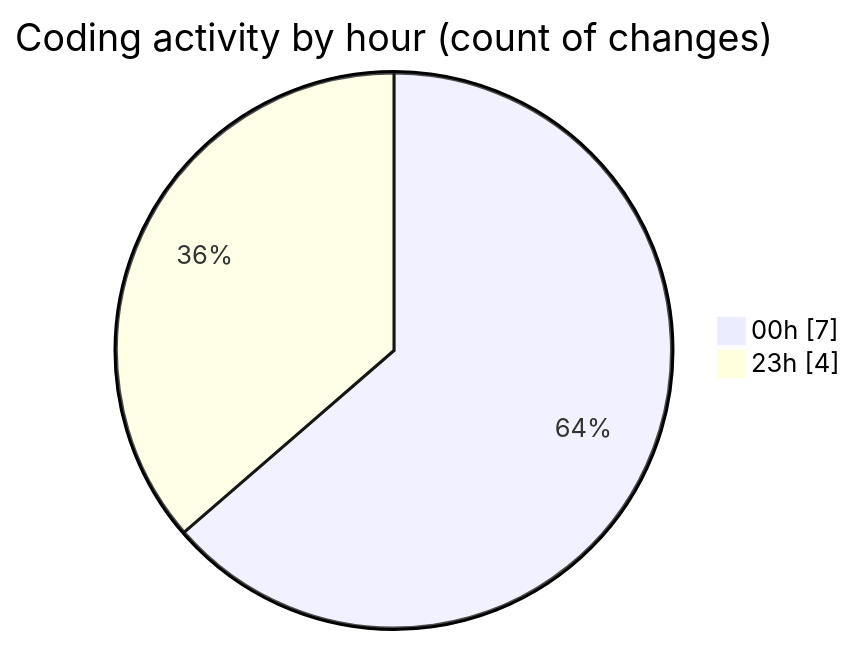
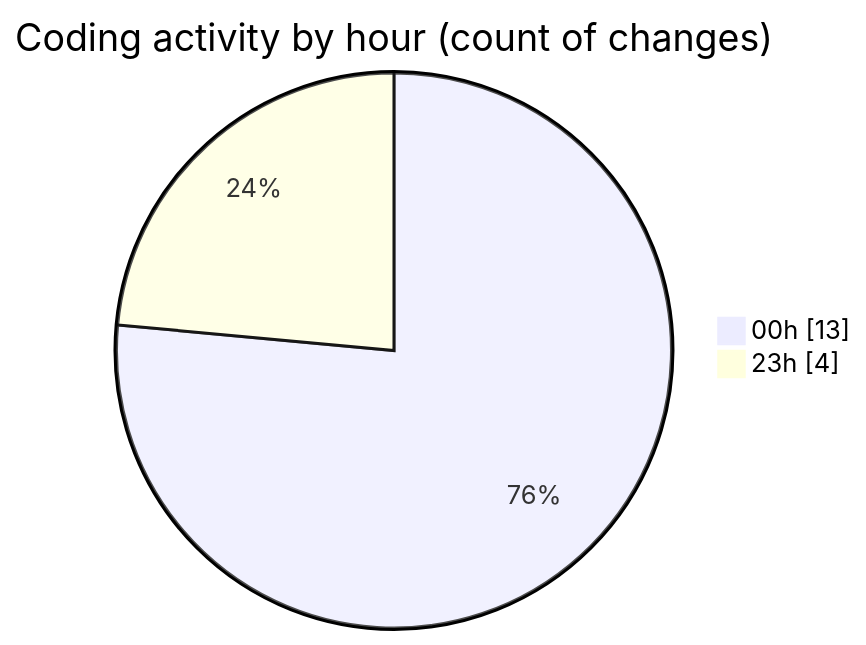
Before and after one commit to lephambinh05/code-tracking: the second of 2 diagrams in 2025-08-21/napxuvn/README.md, drawn with Mermaid. The commit also changed other lines of this file and 1 other file, not shown here.

````diff
--- a/2025-08-21/napxuvn/README.md
+++ b/2025-08-21/napxuvn/README.md
@@ -32,6 +35,6 @@
 ```mermaid
 pie showData
 title Coding activity by hour (count of changes)
-"00h" : 7
+"00h" : 13
 "23h" : 4
 ```
````
